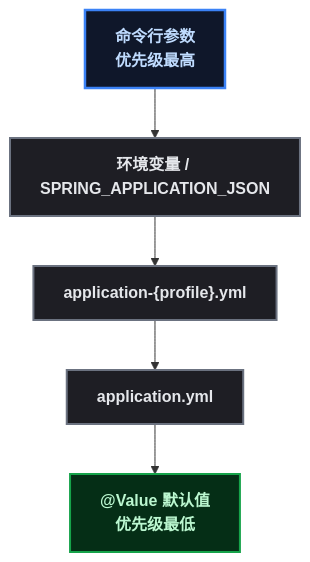
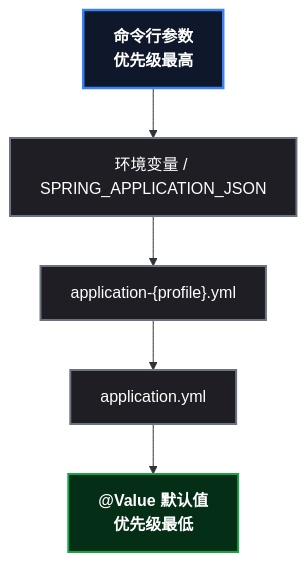
The diagram in content/posts/kubernetes/SpringBootContainerizeAndConfig.md (yaocat55/yaocat55.github.io), drawn with Mermaid before and after one commit. The commit also changed 27 other files, not shown here.

Commit message:
docs: 全系列 93 张 Mermaid 图 classDef 改为 style 强制深底白字(修复部分渲染器白底浅字)+历史文件格式清理

````diff
--- a/content/posts/kubernetes/SpringBootContainerizeAndConfig.md
+++ b/content/posts/kubernetes/SpringBootContainerizeAndConfig.md
@@ -257,13 +257,12 @@
 ```mermaid
 flowchart TD
     A["命令行参数<br/>优先级最高"] --> B["环境变量 / SPRING_APPLICATION_JSON"]
     B --> C["application-{profile}.yml"]
     C --> D["application.yml"]
     D --> E["@Value 默认值<br/>优先级最低"]
-    classDef root fill:#0f172a,stroke:#3b82f6,stroke-width:2.5px,color:#bfdbfe,font-weight:bold;
-    classDef process fill:#1e1e24,stroke:#6b7280,stroke-width:2px,color:#e5e7eb;
-    classDef data fill:#052e16,stroke:#16a34a,stroke-width:2px,color:#bbf7d0,font-weight:bold;
-    class A root;
-    class B,C,D process;
-    class E data;
+    style A fill:#0f172a,stroke:#3b82f6,stroke-width:2.5px,color:#ffffff,font-weight:bold
+    style B fill:#1e1e24,stroke:#6b7280,stroke-width:2px,color:#ffffff
+    style C fill:#1e1e24,stroke:#6b7280,stroke-width:2px,color:#ffffff
+    style D fill:#1e1e24,stroke:#6b7280,stroke-width:2px,color:#ffffff
+    style E fill:#052e16,stroke:#16a34a,stroke-width:2px,color:#ffffff,font-weight:bold
 ```
````
